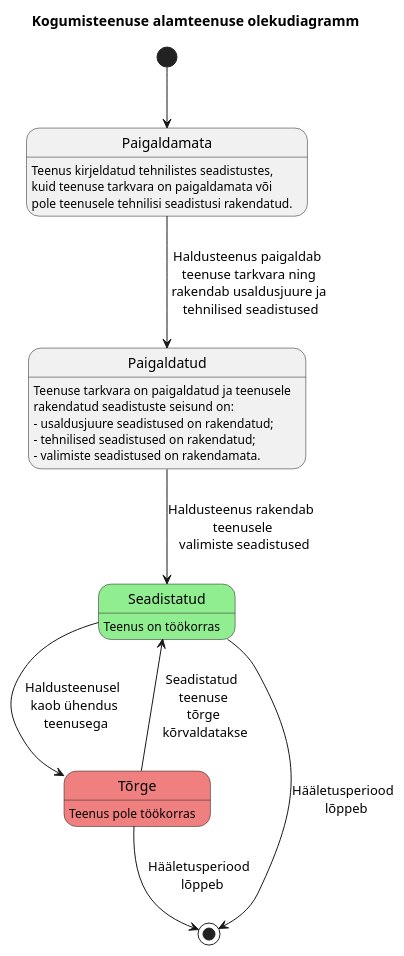
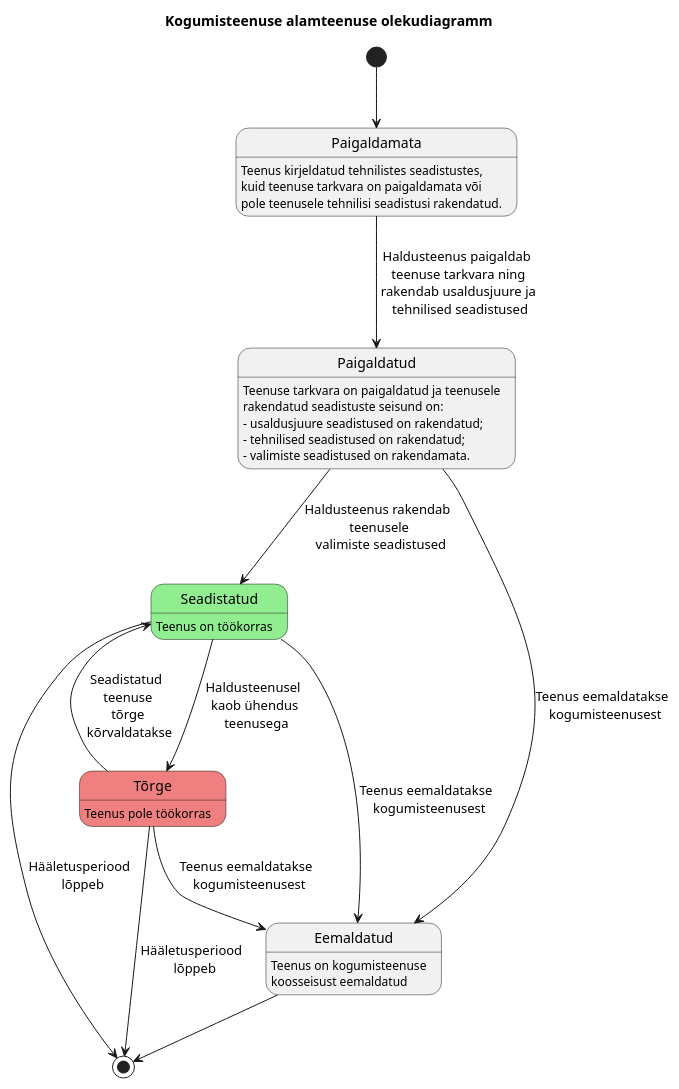
Before and after one commit to valimised/ivxv: the diagram in Documentation/et/arhitektuur/model/management-service/service-status.pu, drawn with PlantUML. The commit also changed 765 other files, not shown here.

```diff
--- a/Documentation/et/arhitektuur/model/management-service/service-status.pu
+++ b/Documentation/et/arhitektuur/model/management-service/service-status.pu
@@ -1,42 +1,51 @@
 @startuml
 
 Title Kogumisteenuse alamteenuse olekudiagramm
 
 skinparam state {
   BackgroundColor<<OK>> LightGreen
   BackgroundColor<<Invalid>> LightCoral
 }
 
 state Paigaldamata
 state Paigaldatud
 state Seadistatud <<OK>>
 state Tõrge <<Invalid>>
+state Eemaldatud
 
 Paigaldamata: Teenus kirjeldatud tehnilistes seadistustes,
 Paigaldamata: kuid teenuse tarkvara on paigaldamata või
 Paigaldamata: pole teenusele tehnilisi seadistusi rakendatud.
 
 Paigaldatud : Teenuse tarkvara on paigaldatud ja teenusele
 Paigaldatud : rakendatud seadistuste seisund on:
 Paigaldatud : - usaldusjuure seadistused on rakendatud;
 Paigaldatud : - tehnilised seadistused on rakendatud;
 Paigaldatud : - valimiste seadistused on rakendamata.
 
 Seadistatud : Teenus on töökorras
 
 Tõrge : Teenus pole töökorras
 
+Eemaldatud : Teenus on kogumisteenuse
+Eemaldatud : koosseisust eemaldatud
+
 [*] --> Paigaldamata
 
 Paigaldamata --> Paigaldatud : Haldusteenus paigaldab \n teenuse tarkvara ning \n rakendab usaldusjuure ja \n tehnilised seadistused
 
 Paigaldatud --> Seadistatud : Haldusteenus rakendab \n teenusele \n valimiste seadistused
+Paigaldatud --> Eemaldatud : Teenus eemaldatakse \n kogumisteenusest
 
 Seadistatud --> Tõrge : Haldusteenusel \n kaob ühendus \n teenusega
+Seadistatud --> Eemaldatud : Teenus eemaldatakse \n kogumisteenusest
 
 Tõrge --> Seadistatud : Seadistatud \n teenuse \n tõrge \n kõrvaldatakse
+Tõrge --> Eemaldatud : Teenus eemaldatakse \n kogumisteenusest
 Tõrge --> [*] : Hääletusperiood \n lõppeb
 
 Seadistatud --> [*] : Hääletusperiood \n lõppeb
 
+Eemaldatud --> [*]
+
 @enduml
```
